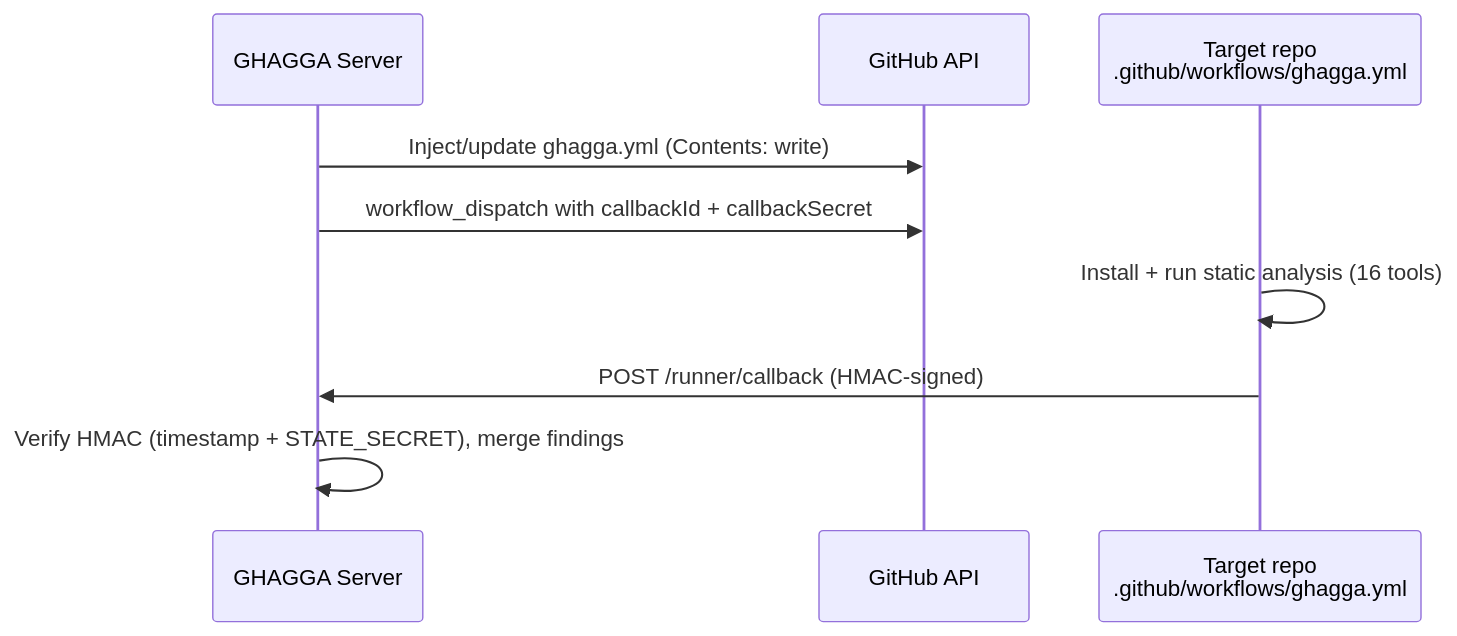
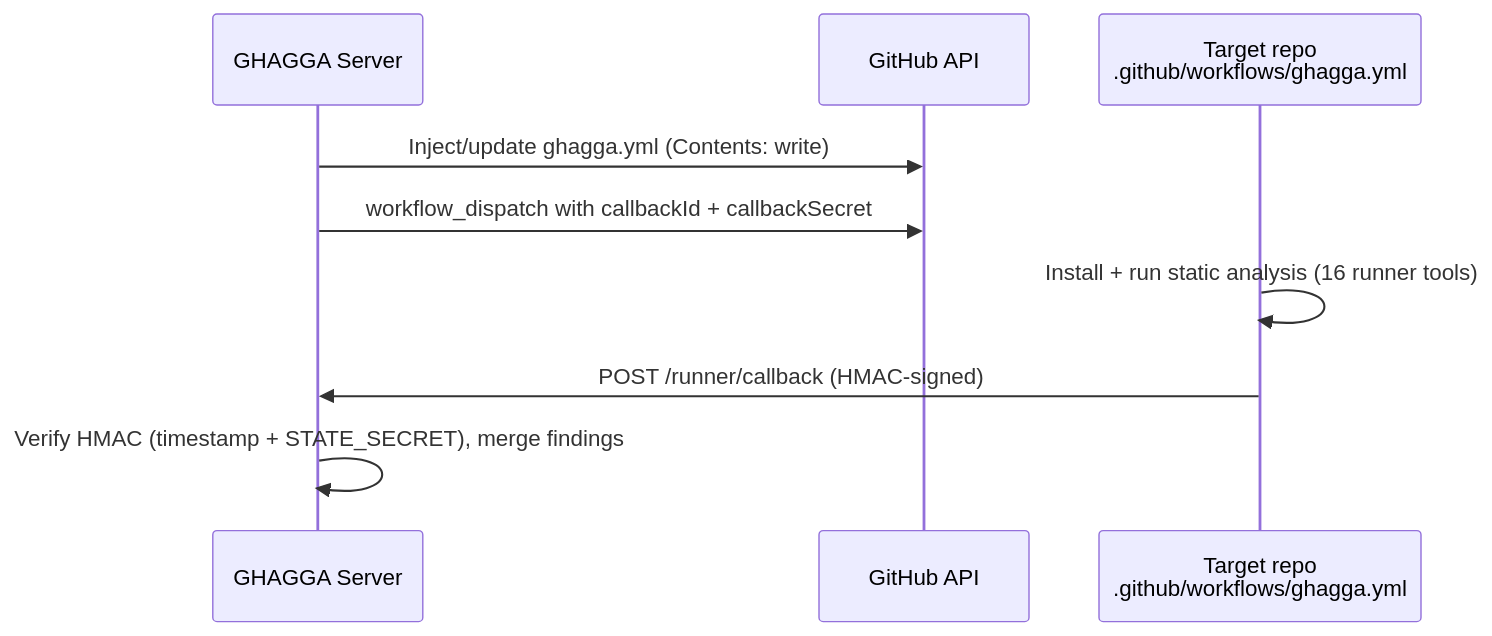
One commit to JNZader/ghagga changed the second of 2 diagrams in docs/architecture.md. Above: the diagram before and after it, drawn with Mermaid. The commit also changed other lines of this file and 31 other files, not shown here.

````diff
--- a/docs/architecture.md
+++ b/docs/architecture.md
@@ -91,12 +91,12 @@
 ```mermaid
 sequenceDiagram
     participant S as GHAGGA Server
     participant GH as GitHub API
     participant Repo as Target repo<br/>.github/workflows/ghagga.yml
 
     S->>GH: Inject/update ghagga.yml (Contents: write)
     S->>GH: workflow_dispatch with callbackId + callbackSecret
-    Repo->>Repo: Install + run static analysis (16 tools)
+    Repo->>Repo: Install + run static analysis (16 runner tools)
     Repo->>S: POST /runner/callback (HMAC-signed)
     S->>S: Verify HMAC (timestamp + STATE_SECRET), merge findings
 ```
````
